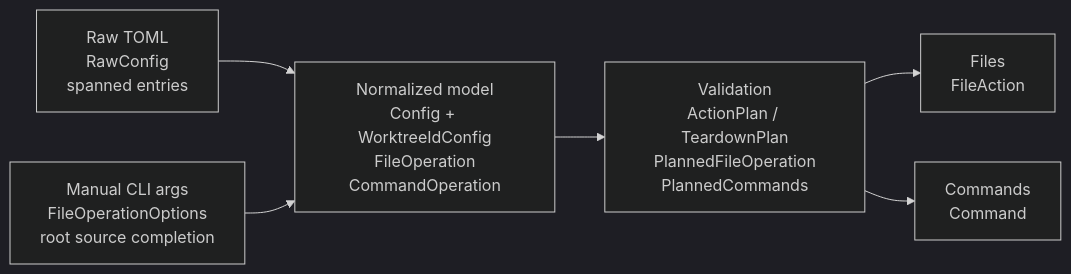
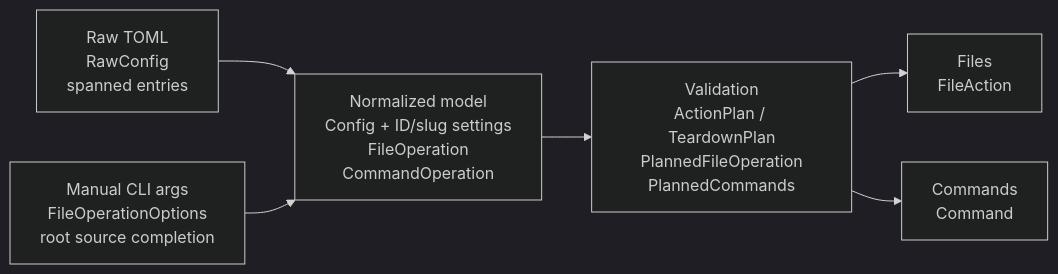
One commit to jimeh/treeboot changed the fifth of 6 diagrams in docs/ARCHITECTURE.md. Above: the diagram before and after it, drawn with Mermaid (dark theme). The commit also changed other lines of this file and 28 other files, not shown here.

````diff
--- a/docs/ARCHITECTURE.md
+++ b/docs/ARCHITECTURE.md
@@ -209,15 +224,15 @@
 ```mermaid
 flowchart LR
   TOML["Raw TOML<br/>RawConfig<br/>spanned entries"]
   CLI["Manual CLI args<br/>FileOperationOptions<br/>root source completion"]
-  MODEL["Normalized model<br/>Config + WorktreeIdConfig<br/>FileOperation<br/>CommandOperation"]
+  MODEL["Normalized model<br/>Config + ID/slug settings<br/>FileOperation<br/>CommandOperation"]
   VALID["Validation<br/>ActionPlan / TeardownPlan<br/>PlannedFileOperation<br/>PlannedCommands"]
   FILES["Files<br/>FileAction"]
   CMDS["Commands<br/>Command"]
 
   TOML --> MODEL
   CLI --> MODEL
   MODEL --> VALID
   VALID --> FILES
   VALID --> CMDS
 ```
````
